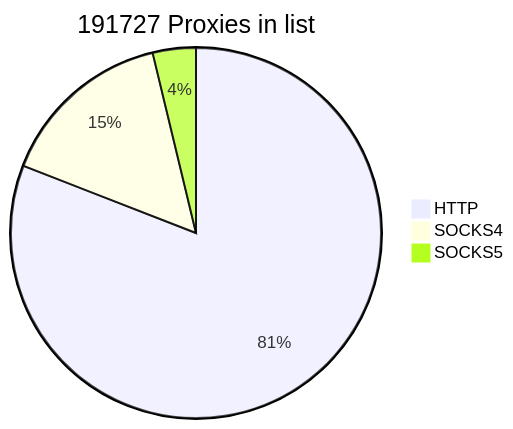
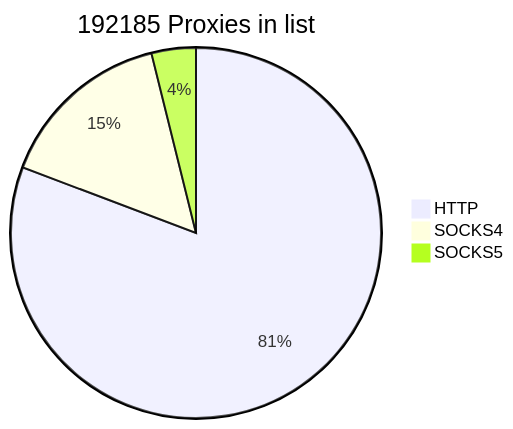
One commit to cutipu/proxylist changed the first of 2 diagrams in README.md. Above: the diagram before and after it, drawn with Mermaid. The commit also changed other lines of this file, not shown here.

````diff
--- a/README.md
+++ b/README.md
@@ -9,7 +9,7 @@
 ```mermaid
-pie title 191727 Proxies in list
-    "HTTP" : 155124
-    "SOCKS4" : 29393
-    "SOCKS5" : 7210
+pie title 192185 Proxies in list
+    "HTTP" : 155212
+    "SOCKS4" : 29537
+    "SOCKS5" : 7436
             
 ```
````
